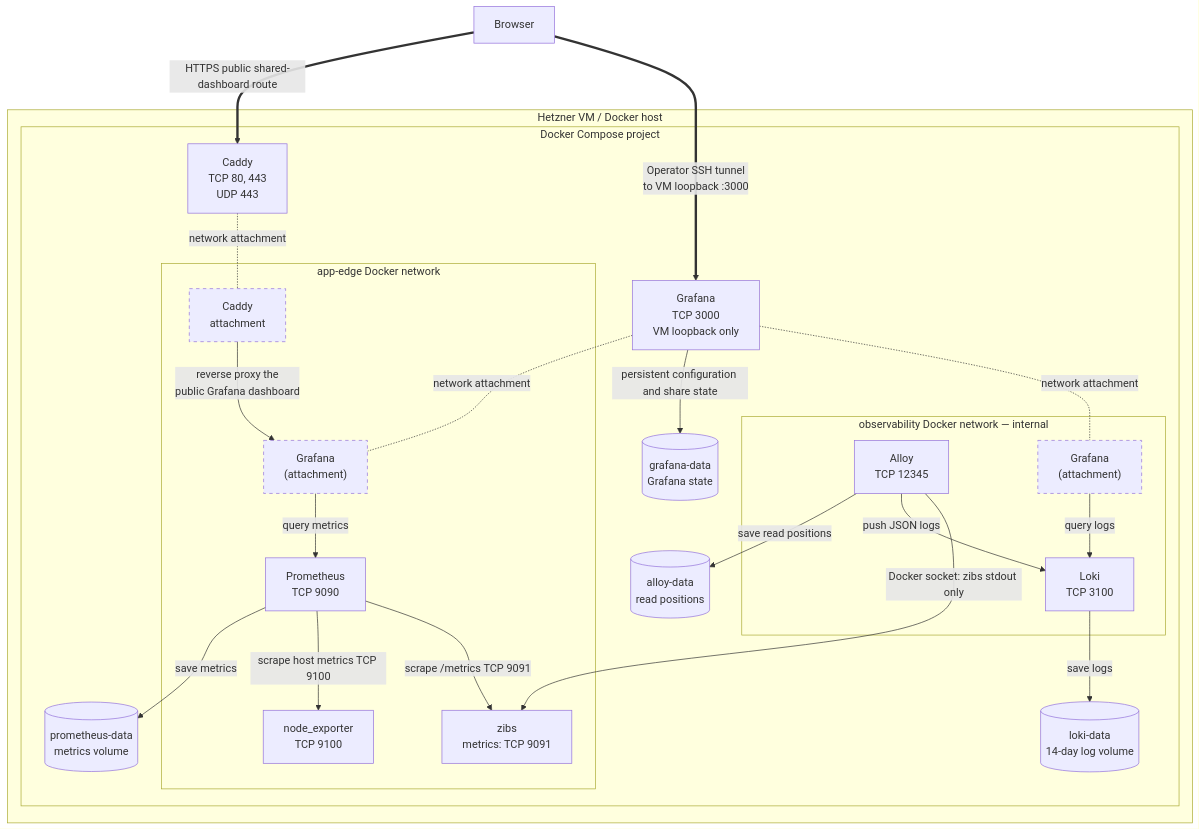
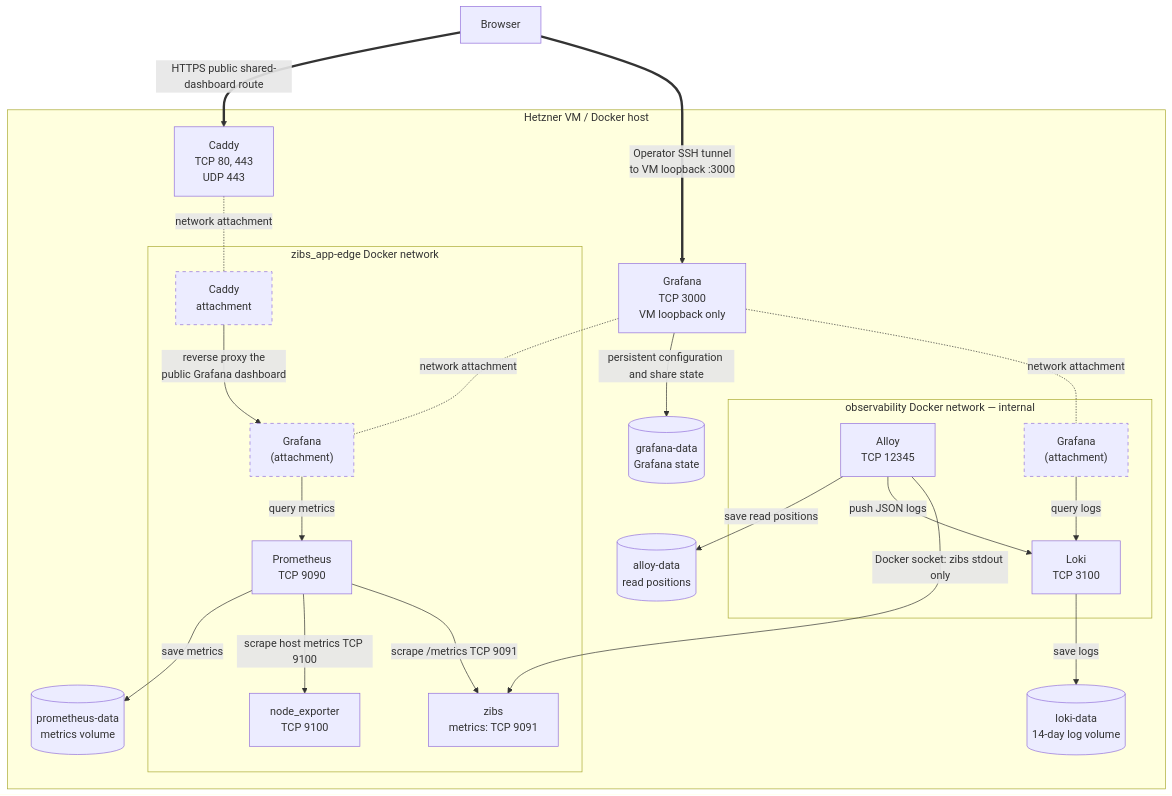
Before and after one commit to dvinubius/zibs: the diagram in docs/observability.md, drawn with Mermaid. The commit also changed other lines of this file and 6 other files, not shown here.

````diff
--- a/docs/observability.md
+++ b/docs/observability.md
@@ -9,47 +9,45 @@
 ```mermaid
 flowchart TB
     browser[Browser]
 
     subgraph host[Hetzner VM / Docker host]
-        subgraph compose[Docker Compose project]
-            caddy[Caddy<br/>TCP 80, 443<br/>UDP 443]
-            grafana[Grafana<br/>TCP 3000<br/>VM loopback only]
-            subgraph edge[app-edge Docker network]
-                caddyAppEdge[Caddy<br/>attachment]
-                zibs[zibs<br/>metrics: TCP 9091]
-                prometheus[Prometheus<br/>TCP 9090]
-                nodeExporter[node_exporter<br/>TCP 9100]
-                grafanaAppEdge["Grafana<br/>(attachment)"]
-            end
-            subgraph observability[observability Docker network — internal]
-                loki[Loki<br/>TCP 3100]
-                alloy[Alloy<br/>TCP 12345]
-                grafanaObservability["Grafana<br/>(attachment)"]
-            end
-            prometheusData[(prometheus-data<br/>metrics volume)]
-            lokiData[(loki-data<br/>14-day log volume)]
-            alloyData[(alloy-data<br/>read positions)]
-            grafanaData[(grafana-data<br/>Grafana state)]
+        grafana[Grafana<br/>TCP 3000<br/>VM loopback only]
+        subgraph edge[zibs_app-edge Docker network]
+            caddyAppEdge[Caddy<br/>attachment]
+            zibs[zibs<br/>metrics: TCP 9091]
+            prometheus[Prometheus<br/>TCP 9090]
+            nodeExporter[node_exporter<br/>TCP 9100]
+            grafanaAppEdge["Grafana<br/>(attachment)"]
         end
+        subgraph observability[observability Docker network — internal]
+            loki[Loki<br/>TCP 3100]
+            alloy[Alloy<br/>TCP 12345]
+            grafanaObservability["Grafana<br/>(attachment)"]
+        end
+        prometheusData[(prometheus-data<br/>metrics volume)]
+        lokiData[(loki-data<br/>14-day log volume)]
+        alloyData[(alloy-data<br/>read positions)]
+        grafanaData[(grafana-data<br/>Grafana state)]
+        caddy[Caddy<br/>TCP 80, 443<br/>UDP 443]
     end
 
     browser ==>|Operator SSH tunnel<br/>to VM loopback :3000| grafana
     browser ==>|HTTPS public shared-dashboard route| caddy
+    caddy -.-|network attachment| caddyAppEdge
     caddyAppEdge -->|reverse proxy the<br/>public Grafana dashboard| grafanaAppEdge
     prometheus -->|scrape /metrics TCP 9091| zibs
     prometheus -->|scrape host metrics TCP 9100| nodeExporter
     prometheus -->|save metrics| prometheusData
     alloy -->|Docker socket: zibs stdout only| zibs
     alloy -->|push JSON logs| loki
     alloy -->|save read positions| alloyData
     loki -->|save logs| lokiData
-    caddy -.-|network attachment| caddyAppEdge
     grafana -.-|network attachment| grafanaAppEdge
     grafana -.-|network attachment| grafanaObservability
     grafanaAppEdge -->|query metrics| prometheus
     grafanaObservability -->|query logs| loki
     grafana -->|persistent configuration and share state| grafanaData
 
     classDef networkAttachment stroke-dasharray: 5 5;
     class caddyAppEdge,grafanaAppEdge,grafanaObservability networkAttachment;
 ```
````
